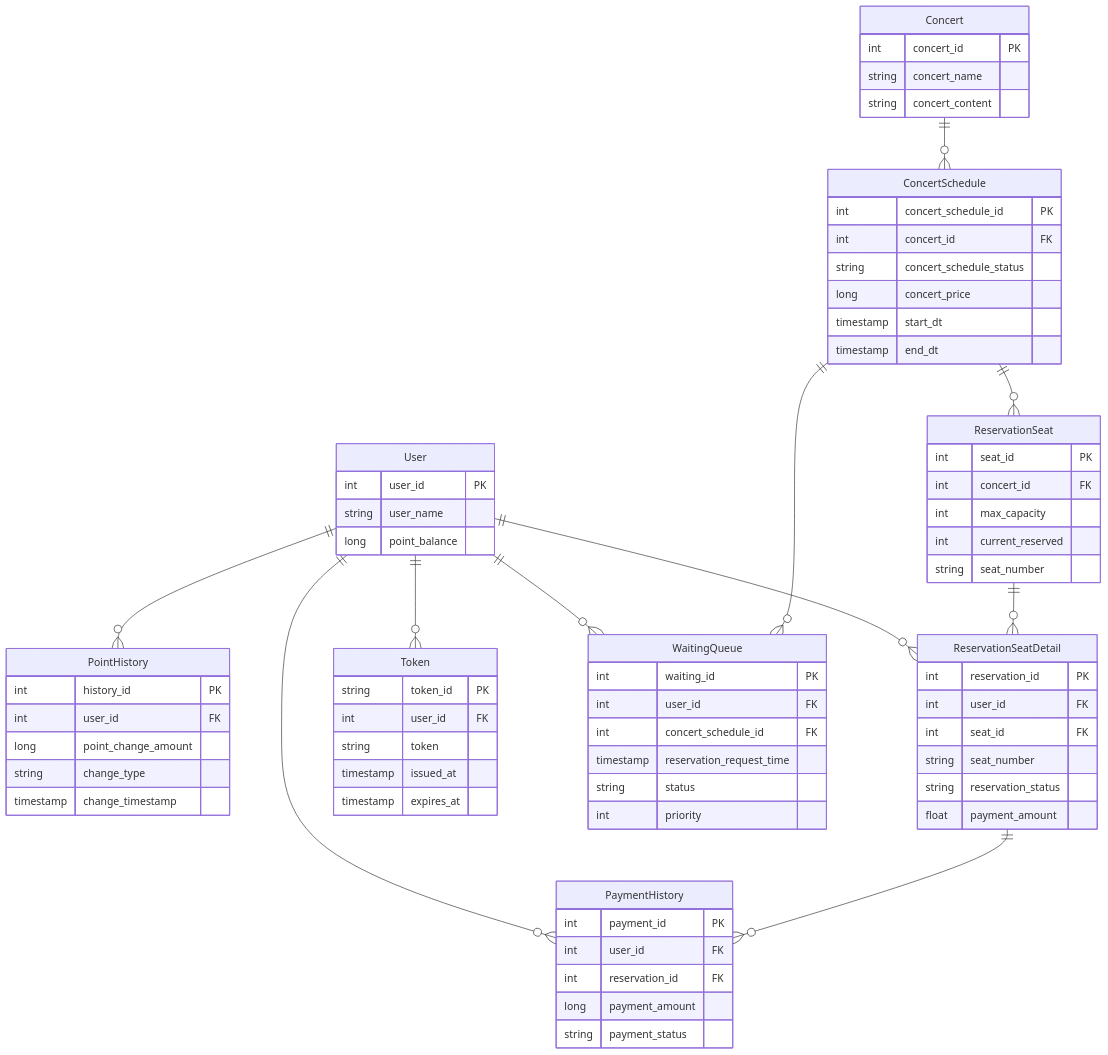
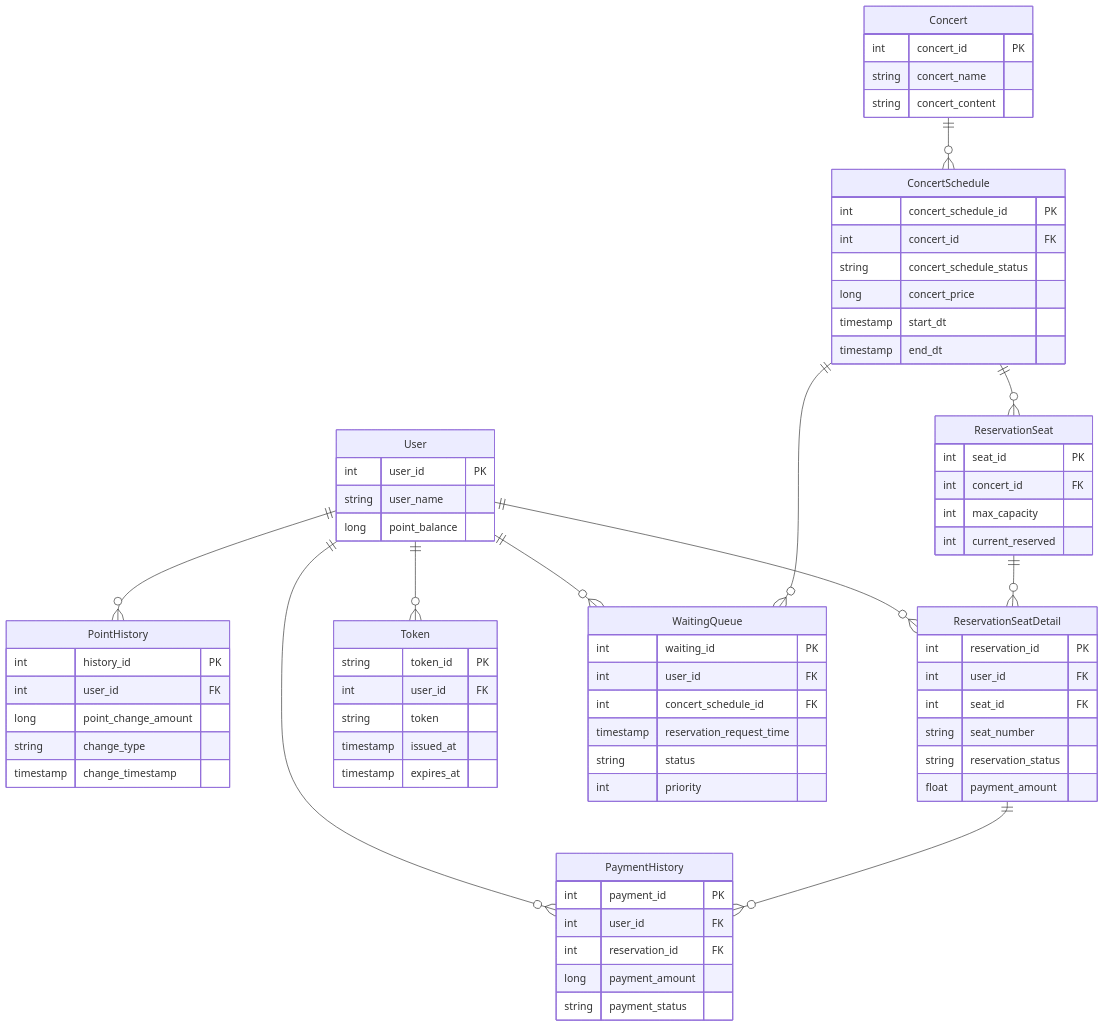
The diagram in docs/ERD.md (Backjinuk/hh3Week), drawn with Mermaid before and after one commit. The commit also changed 29 other files, not shown here.

```diff
--- a/docs/ERD.md
+++ b/docs/ERD.md
@@ -27,7 +27,6 @@
         int concert_id FK
         int max_capacity
         int current_reserved
-        string seat_number
     }
 
     ReservationSeatDetail {
```
